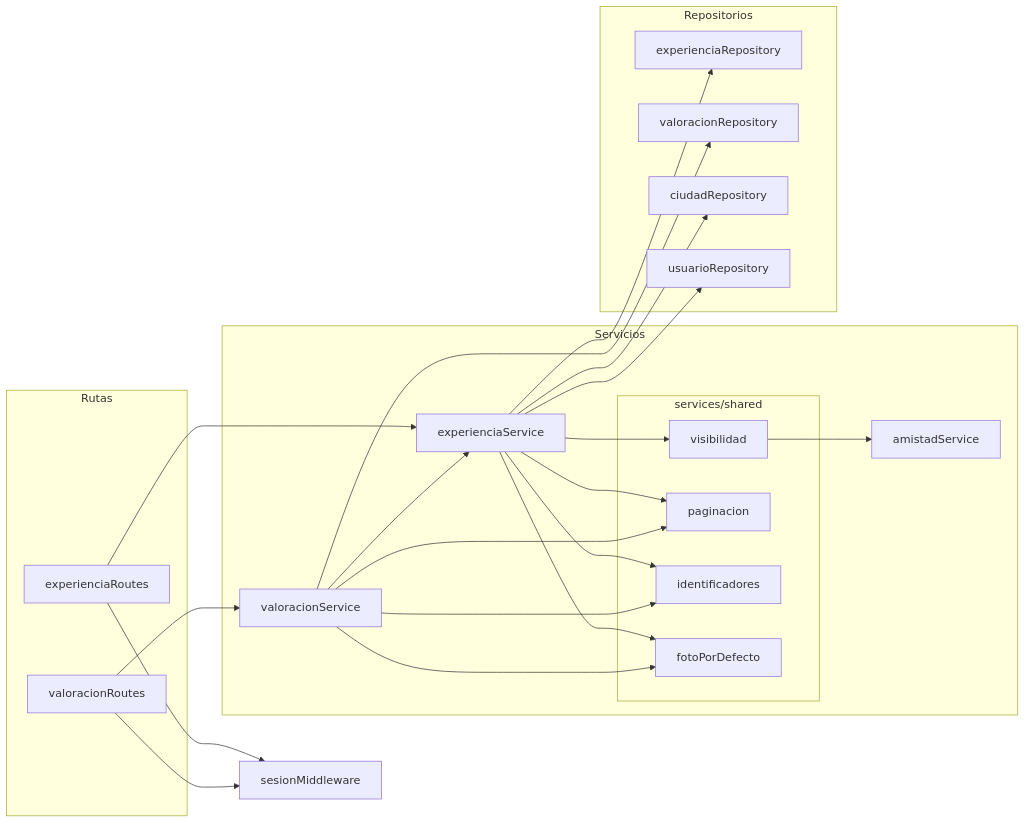
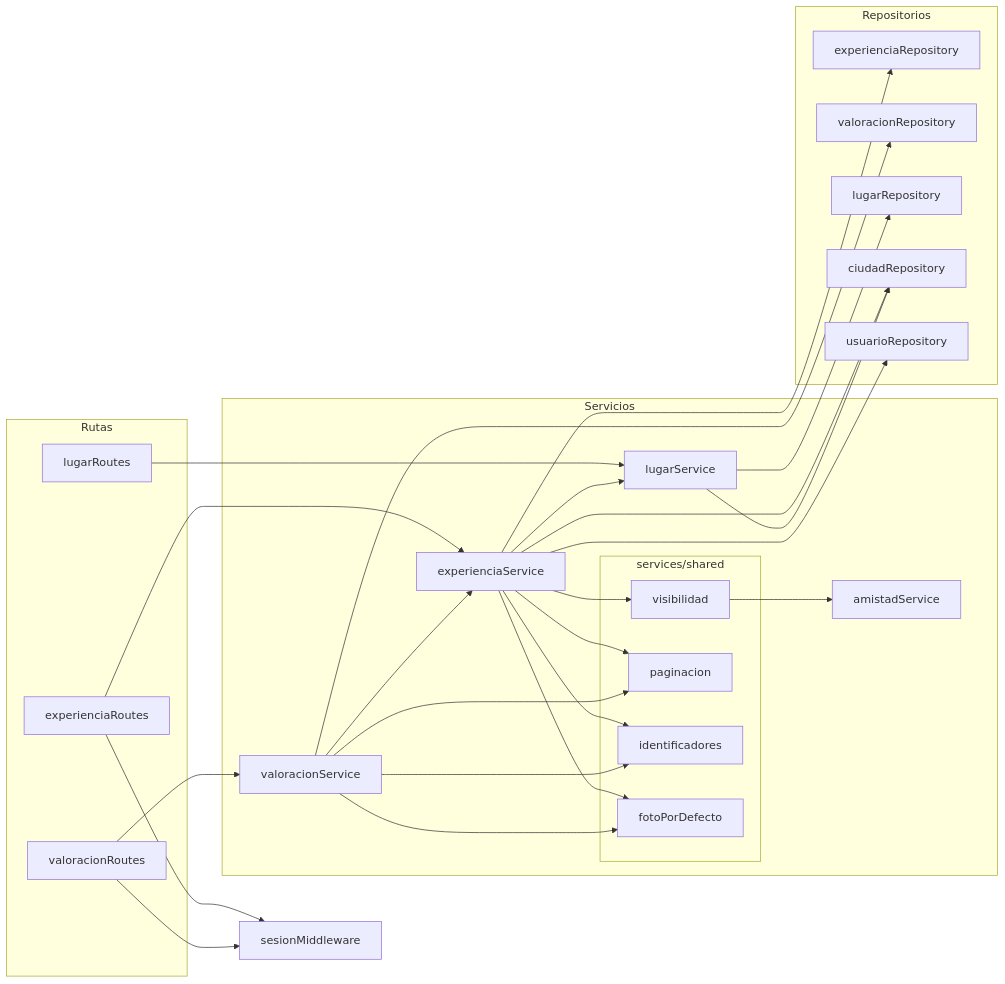
The fourth of 6 diagrams in documentacion/arquitectura.md (Matthew-PV/ISW-Practica), drawn with Mermaid before and after one commit. The commit also changed other lines of this file and 27 other files, not shown here.

````diff
--- a/documentacion/arquitectura.md
+++ b/documentacion/arquitectura.md
@@ -166,32 +166,37 @@
 ```mermaid
 flowchart LR
   subgraph Rutas
     experienciaR[experienciaRoutes]
     valoracionR[valoracionRoutes]
+    lugarR[lugarRoutes]
   end
   sesionM[sesionMiddleware]
   subgraph Servicios
     experienciaS[experienciaService]
     valoracionS[valoracionService]
+    lugarS[lugarService]
     amistadS[amistadService]
     subgraph serviciosShared["services/shared"]
       visibilidadSh[visibilidad]
       paginacionSh[paginacion]
       idSh[identificadores]
       fotoSh[fotoPorDefecto]
     end
   end
   subgraph Repositorios
     experienciaRep[experienciaRepository]
     valoracionRep[valoracionRepository]
+    lugarRep[lugarRepository]
     ciudadRep[ciudadRepository]
     usuarioRep[usuarioRepository]
   end
 
   experienciaR & valoracionR --> sesionM
   experienciaR --> experienciaS
   valoracionR --> valoracionS
-  experienciaS --> experienciaRep & ciudadRep & usuarioRep & visibilidadSh & paginacionSh & idSh & fotoSh
+  lugarR --> lugarS
+  experienciaS --> experienciaRep & lugarS & ciudadRep & usuarioRep & visibilidadSh & paginacionSh & idSh & fotoSh
+  lugarS --> lugarRep & ciudadRep
   valoracionS --> experienciaS & valoracionRep & paginacionSh & idSh & fotoSh
   visibilidadSh --> amistadS
 ```
````
